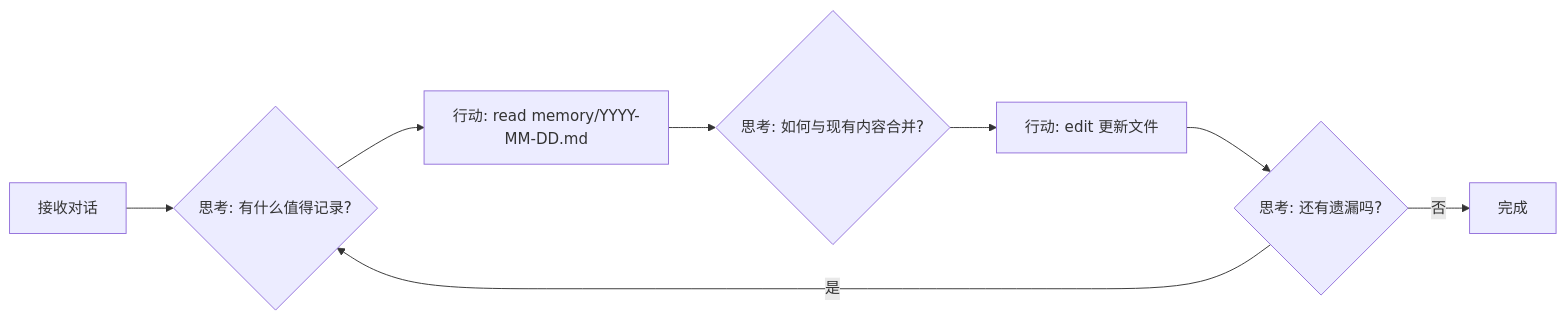
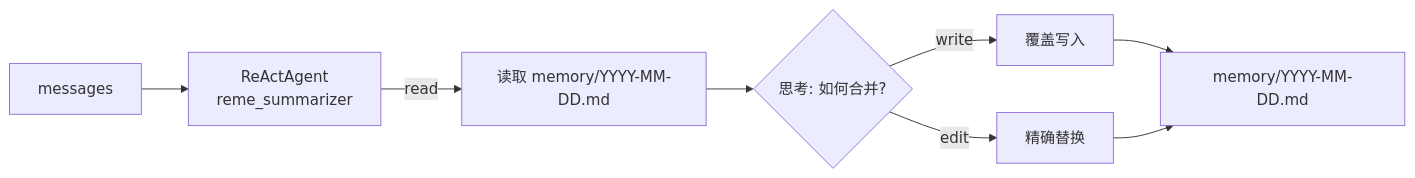
Before and after one commit to lllyyysss77/ReMe: the fourth of 9 diagrams in README_ZH.md, drawn with Mermaid. The commit also changed other lines of this file and 106 other files, not shown here.

````diff
--- a/README_ZH.md
+++ b/README_ZH.md
@@ -229,10 +240,10 @@
 ```mermaid
 graph LR
-    A[接收对话] --> B{思考: 有什么值得记录?}
-    B --> C[行动: read memory/YYYY-MM-DD.md]
-    C --> D{思考: 如何与现有内容合并?}
-    D --> E[行动: edit 更新文件]
-    E --> F{思考: 还有遗漏吗?}
-    F -->|是| B
-    F -->|否| G[完成]
+    M[messages] --> A[ReActAgent<br>reme_summarizer]
+    A -->|read| R[读取 memory/YYYY-MM-DD.md]
+    R --> T{思考: 如何合并?}
+    T -->|write| W[覆盖写入]
+    T -->|edit| E[精确替换]
+    W --> F[memory/YYYY-MM-DD.md]
+    E --> F
 ```
````
